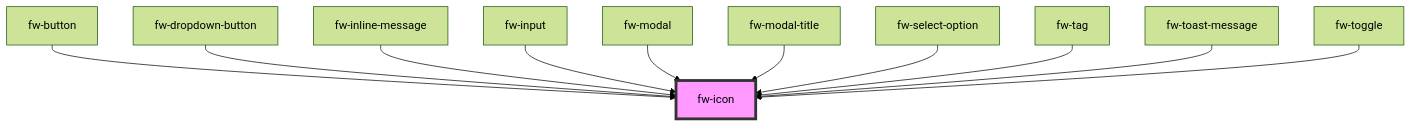
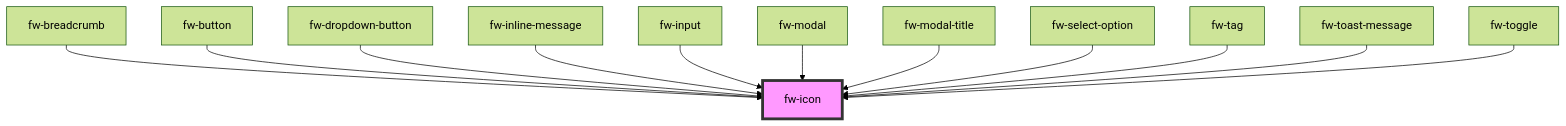
One commit to freshworks/crayons changed the diagram in packages/crayons-core/src/components/icon/readme.md. Above: the diagram before and after it, drawn with Mermaid (forest theme). The commit also changed other lines of this file and 5 other files, not shown here.

````diff
--- a/packages/crayons-core/src/components/icon/readme.md
+++ b/packages/crayons-core/src/components/icon/readme.md
@@ -74,14 +75,15 @@
 ```mermaid
 graph TD;
+  fw-breadcrumb --> fw-icon
   fw-button --> fw-icon
   fw-dropdown-button --> fw-icon
   fw-inline-message --> fw-icon
   fw-input --> fw-icon
   fw-modal --> fw-icon
   fw-modal-title --> fw-icon
   fw-select-option --> fw-icon
   fw-tag --> fw-icon
   fw-toast-message --> fw-icon
   fw-toggle --> fw-icon
   style fw-icon fill:#f9f,stroke:#333,stroke-width:4px
 ```
````
